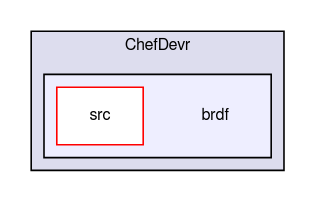
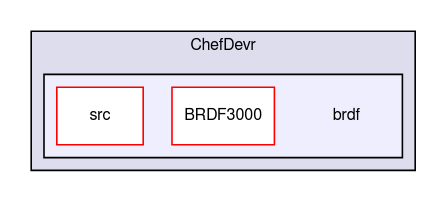
Before and after one commit to bsella/brdf: the diagram in docs/dir_2aab34440b9900053a26f1745da5dd21_dep.dot, drawn with Graphviz. The commit also changed 58 other files, not shown here.

```diff
--- a/docs/dir_2aab34440b9900053a26f1745da5dd21_dep.dot
+++ b/docs/dir_2aab34440b9900053a26f1745da5dd21_dep.dot
@@ -1,13 +1,14 @@
 digraph "brdf" {
   compound=true
   node [ fontsize="10", fontname="FreeSans"];
   edge [ labelfontsize="10", labelfontname="FreeSans"];
   subgraph clusterdir_174fd1bc3614a01366e4edb636bf1bc4 {
     graph [ bgcolor="#ddddee", pencolor="black", label="ChefDevr" fontname="FreeSans", fontsize="10", URL="dir_174fd1bc3614a01366e4edb636bf1bc4.html"]
   subgraph clusterdir_2aab34440b9900053a26f1745da5dd21 {
     graph [ bgcolor="#eeeeff", pencolor="black", label="" URL="dir_2aab34440b9900053a26f1745da5dd21.html"];
     dir_2aab34440b9900053a26f1745da5dd21 [shape=plaintext label="brdf"];
+    dir_d6434d9f0c1619711a7affc6149e2d0b [shape=box label="BRDF3000" color="red" fillcolor="white" style="filled" URL="dir_d6434d9f0c1619711a7affc6149e2d0b.html"];
     dir_3cb6b6b60e61da7f21733696e20cce7b [shape=box label="src" color="red" fillcolor="white" style="filled" URL="dir_3cb6b6b60e61da7f21733696e20cce7b.html"];
   }
   }
 }
```
